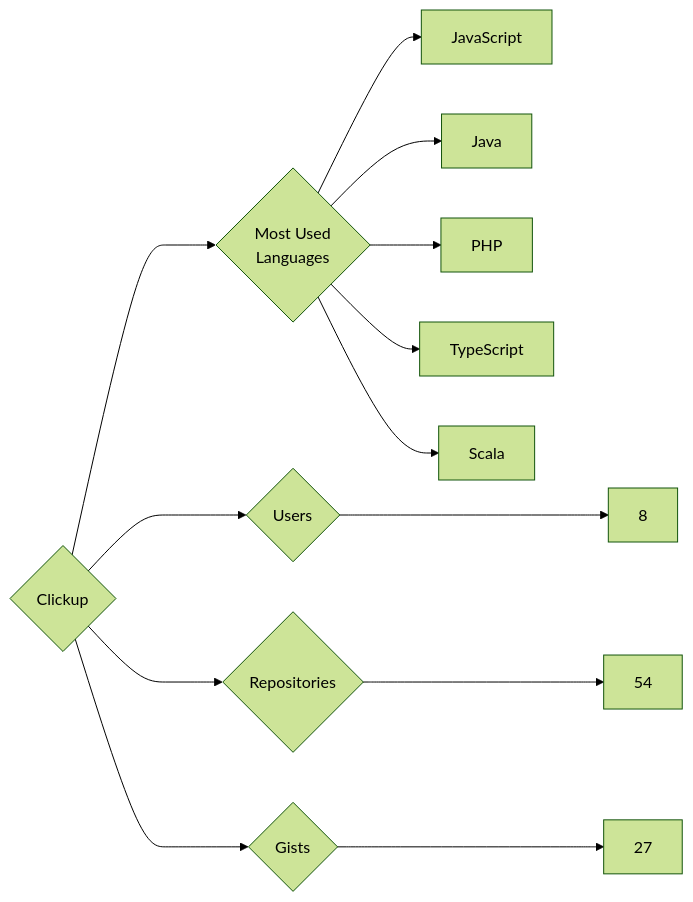
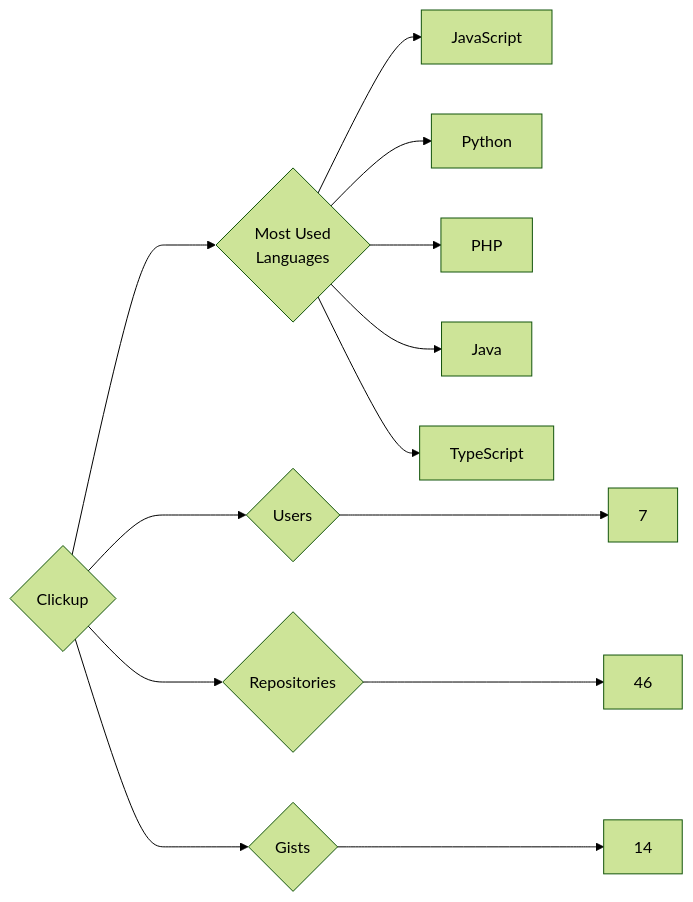
Before and after one commit to trickest/insiders: the diagram in targets/Clickup/README.md, drawn with Mermaid (forest theme). The commit also changed 1036 other files, not shown here.

````diff
--- a/targets/Clickup/README.md
+++ b/targets/Clickup/README.md
@@ -3,13 +3,13 @@
 ```mermaid
 graph LR
 COMPANY_NAME{Clickup}
-COMPANY_NAME ---> U{Users} ---> UN[8]
-COMPANY_NAME ---> R{Repositories} ---> RN[54]
-COMPANY_NAME ---> G{Gists} ---> GN[27]
+COMPANY_NAME ---> U{Users} ---> UN[7]
+COMPANY_NAME ---> R{Repositories} ---> RN[46]
+COMPANY_NAME ---> G{Gists} ---> GN[14]
 COMPANY_NAME ---> ML{Most Used<br>Languages}
 ML --> JavaScript[JavaScript]
+ML --> Python[Python]
+ML --> PHP[PHP]
 ML --> Java[Java]
-ML --> PHP[PHP]
 ML --> TypeScript[TypeScript]
-ML --> Scala[Scala]
 ```
````
